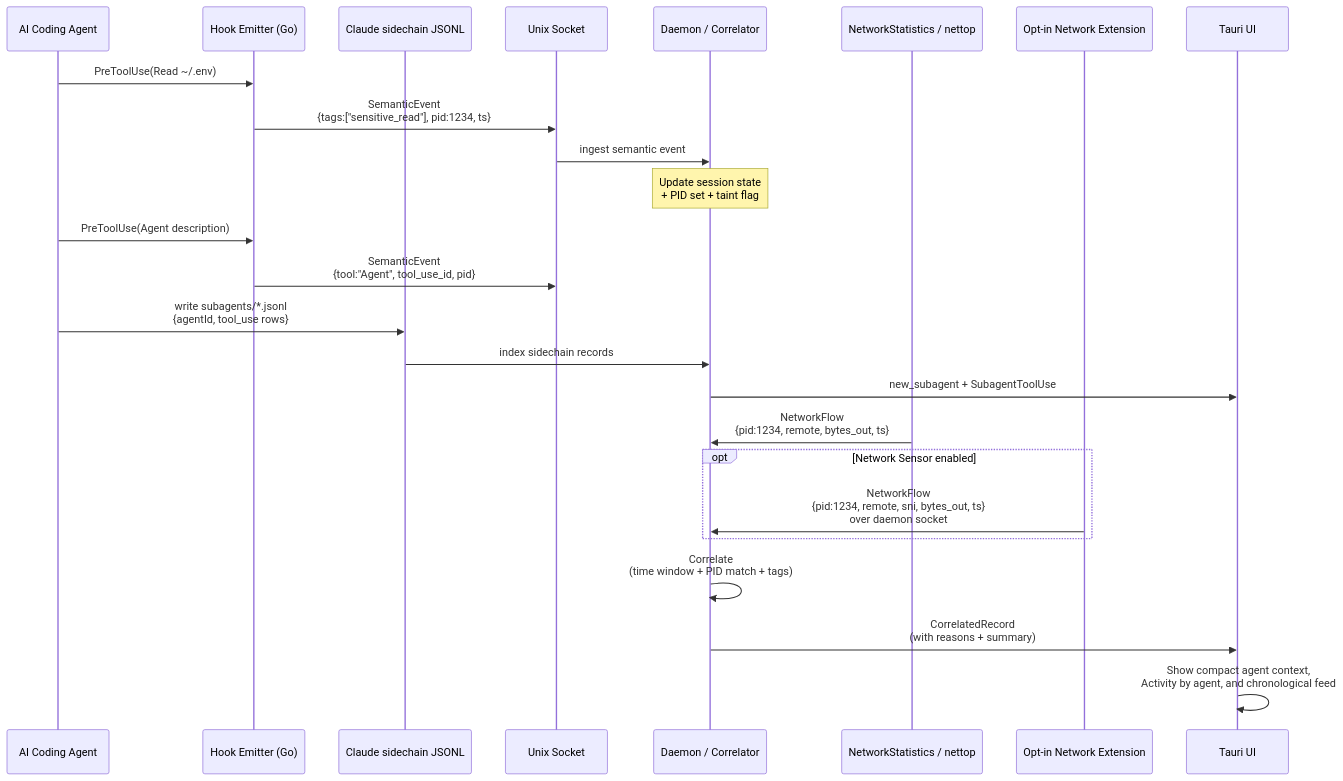
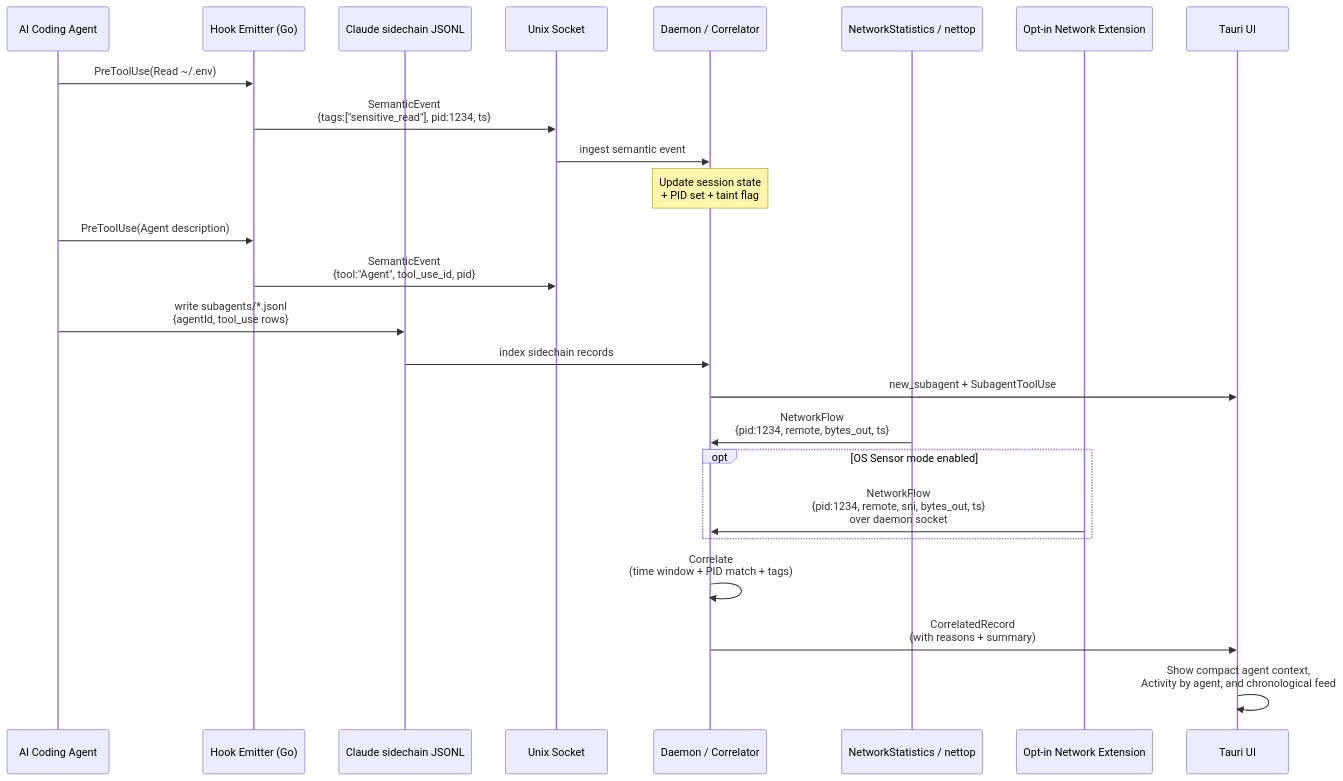
The second of 3 diagrams in architecture.md (somoore/agentsnitch), drawn with Mermaid before and after one commit. The commit also changed other lines of this file and 47 other files, not shown here.

````diff
--- a/architecture.md
+++ b/architecture.md
@@ -114,32 +116,32 @@
 ```mermaid
 sequenceDiagram
     participant Agent as AI Coding Agent
     participant Emitter as Hook Emitter (Go)
     participant Transcript as Claude sidechain JSONL
     participant Socket as Unix Socket
     participant Daemon as Daemon / Correlator
     participant Net as NetworkStatistics / nettop
     participant NE as Opt-in Network Extension
     participant UI as Tauri UI
 
     Agent->>Emitter: PreToolUse(Read ~/.env)
     Emitter->>Socket: SemanticEvent<br/>{tags:["sensitive_read"], pid:1234, ts}
     Socket->>Daemon: ingest semantic event
     Note over Daemon: Update session state<br/>+ PID set + taint flag
 
     Agent->>Emitter: PreToolUse(Agent description)
     Emitter->>Socket: SemanticEvent<br/>{tool:"Agent", tool_use_id, pid}
     Agent->>Transcript: write subagents/*.jsonl<br/>{agentId, tool_use rows}
     Transcript->>Daemon: index sidechain records
     Daemon->>UI: new_subagent + SubagentToolUse
 
     Net->>Daemon: NetworkFlow<br/>{pid:1234, remote, bytes_out, ts}
-    opt Network Sensor enabled
+    opt OS Sensor mode enabled
         NE->>Daemon: NetworkFlow<br/>{pid:1234, remote, sni, bytes_out, ts}<br/>over daemon socket
     end
 
     Daemon->>Daemon: Correlate<br/>(time window + PID match + tags)
     Daemon->>UI: CorrelatedRecord<br/>(with reasons + summary)
 
     UI->>UI: Show compact agent context,<br/>Activity by agent, and chronological feed
 ```
````
